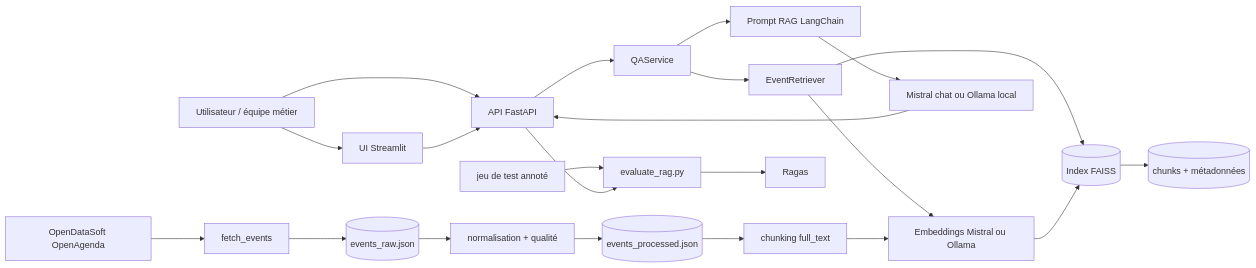
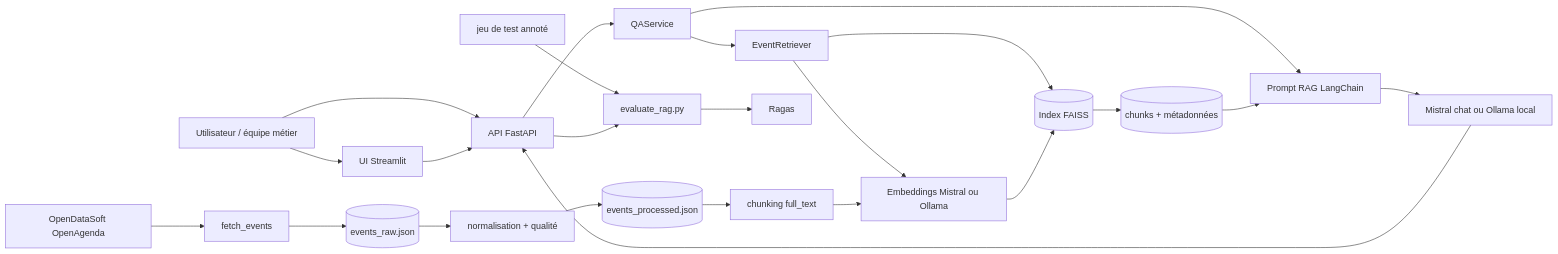
Before and after one commit to rayakevin/PROJET_7: the diagram in README.md, drawn with Mermaid. The commit also changed other lines of this file and 15 other files, not shown here.

````diff
--- a/README.md
+++ b/README.md
@@ -44,26 +44,27 @@
 ```mermaid
 flowchart LR
     user[Utilisateur / équipe métier] --> ui[UI Streamlit]
     user --> api[API FastAPI]
     ui --> api
     api --> qa[QAService]
     qa --> retriever[EventRetriever]
     retriever --> faiss[(Index FAISS)]
     faiss --> chunks[(chunks + métadonnées)]
     retriever --> embeddings[Embeddings Mistral ou Ollama]
     qa --> prompt[Prompt RAG LangChain]
+    chunks --> prompt
     prompt --> llm[Mistral chat ou Ollama local]
     llm --> api
 
     ods[OpenDataSoft OpenAgenda] --> fetch[fetch_events]
     fetch --> raw[(events_raw.json)]
     raw --> normalize[normalisation + qualité]
     normalize --> processed[(events_processed.json)]
     processed --> chunking[chunking full_text]
     chunking --> embeddings
     embeddings --> faiss
 
     qa_dataset[jeu de test annoté] --> eval[evaluate_rag.py]
     api --> eval
     eval --> ragas[Ragas]
 ```
````
